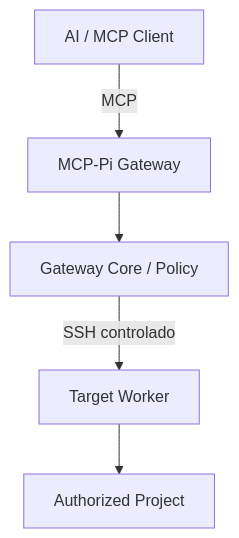
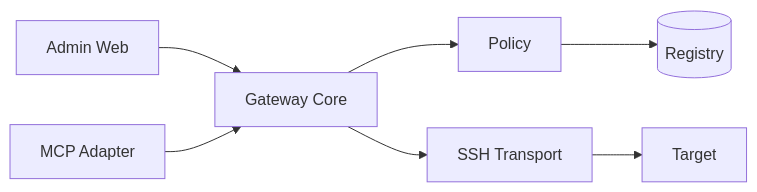
The diagram in AGENTS.md (yorologo/Local-miniMCP), drawn with Mermaid before and after one commit. The commit also changed other lines of this file and 76 other files, not shown here.

````diff
--- a/AGENTS.md
+++ b/AGENTS.md
@@ -34,7 +39,9 @@
 ```mermaid
-flowchart TD
-    C[AI / MCP Client] -->|MCP| G[MCP-Pi Gateway]
-    G --> P[Gateway Core / Policy]
-    P -->|SSH controlado| T[Target Worker]
-    T --> PR[Authorized Project]
+flowchart LR
+    A[Admin Web] --> G[Gateway Core]
+    M[MCP Adapter] --> G
+    G --> P[Policy]
+    P --> R[(Registry)]
+    G --> S[SSH Transport]
+    S --> T[Target]
 ```
````
